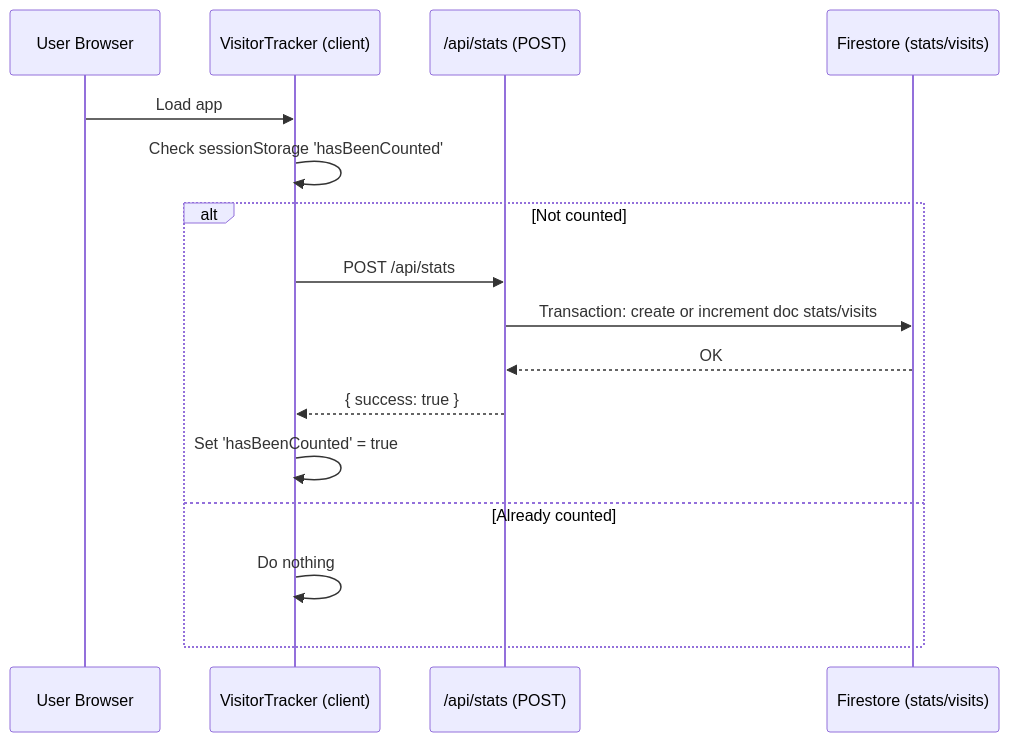
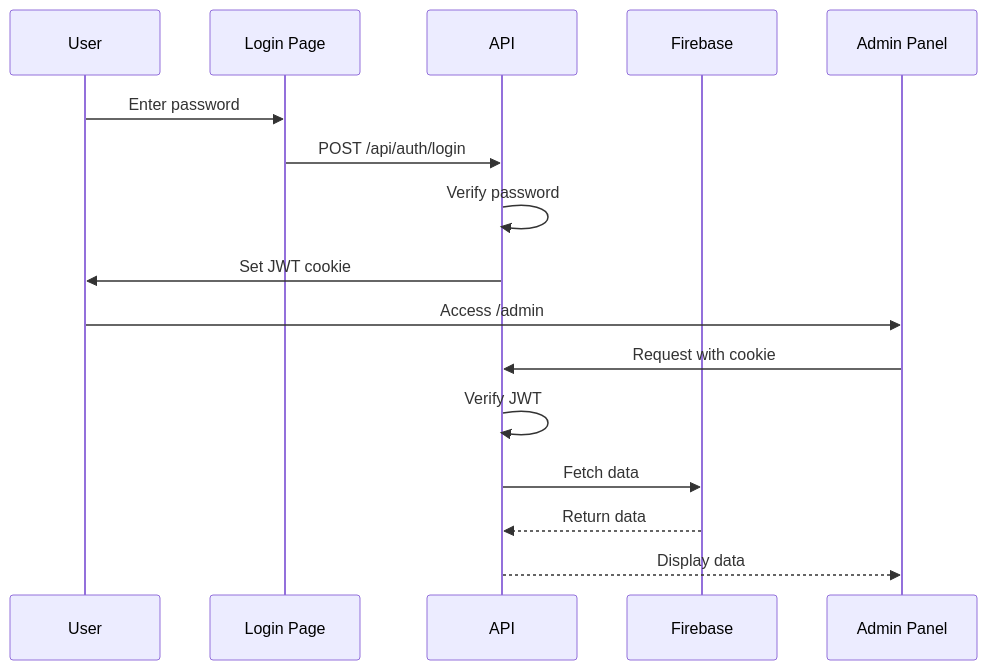
Before and after one commit to NextGenXplorer/NexGen_Website: the first of 3 diagrams in README.md, drawn with Mermaid. The commit also changed other lines of this file, not shown here.

````diff
--- a/README.md
+++ b/README.md
@@ -138,19 +383,18 @@
 ```mermaid
 sequenceDiagram
-  participant U as User Browser
-  participant VT as VisitorTracker (client)
-  participant ST as /api/stats (POST)
-  participant FB as Firestore (stats/visits)
+    participant User
+    participant Login Page
+    participant API
+    participant Firebase
 
-  U->>VT: Load app
-  VT->>VT: Check sessionStorage 'hasBeenCounted'
-  alt Not counted
-    VT->>ST: POST /api/stats
-    ST->>FB: Transaction: create or increment doc stats/visits
-    FB-->>ST: OK
-    ST-->>VT: { success: true }
-    VT->>VT: Set 'hasBeenCounted' = true
-  else Already counted
-    VT->>VT: Do nothing
-  end
+    User->>Login Page: Enter password
+    Login Page->>API: POST /api/auth/login
+    API->>API: Verify password
+    API->>User: Set JWT cookie
+    User->>Admin Panel: Access /admin
+    Admin Panel->>API: Request with cookie
+    API->>API: Verify JWT
+    API->>Firebase: Fetch data
+    Firebase-->>API: Return data
+    API-->>Admin Panel: Display data
 ```
````
